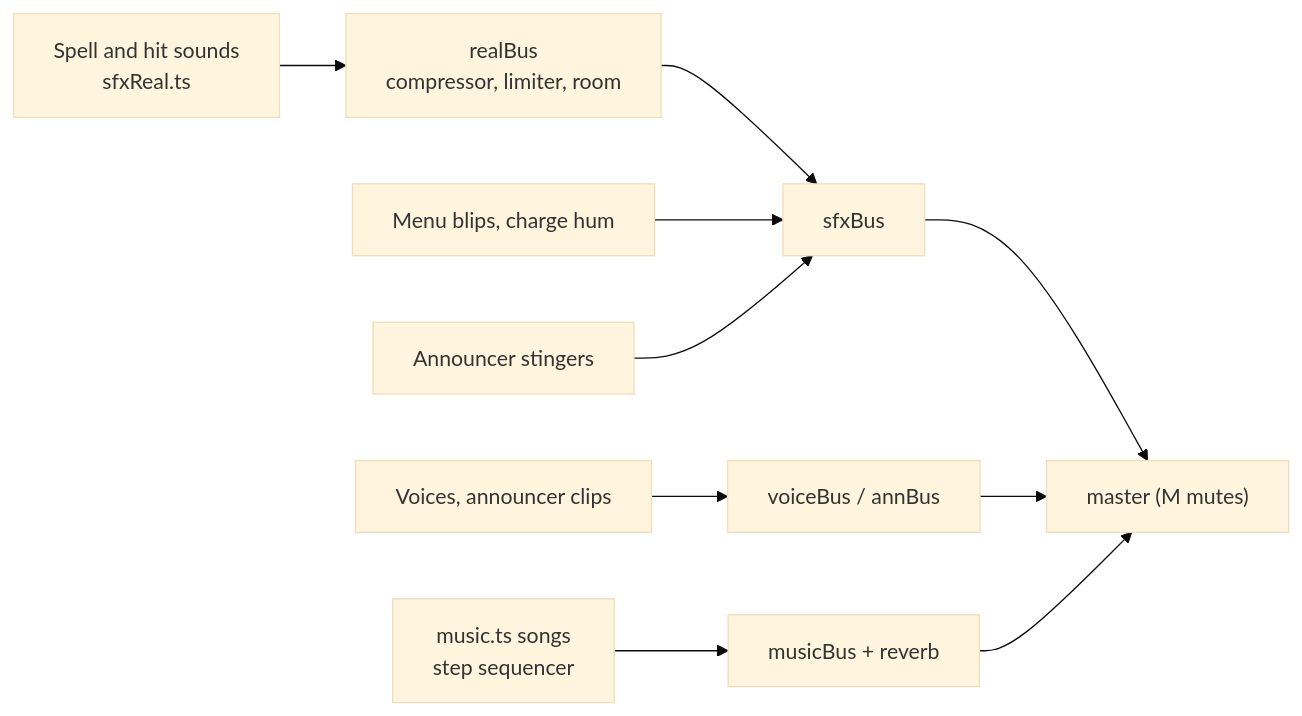
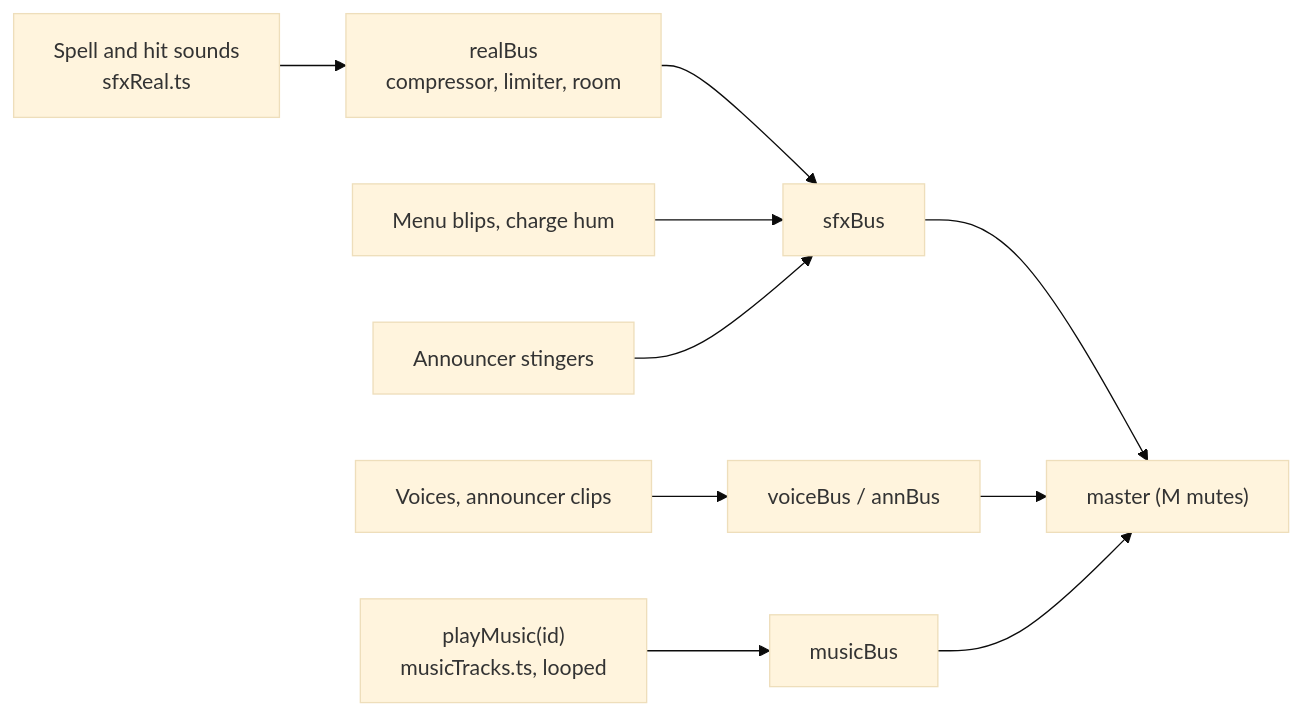
Before and after one commit to WesleyT4N/spell-vs-steel: the eighth of 18 diagrams in docs/ARCHITECTURE.md, drawn with Mermaid (base theme). The commit also changed other lines of this file, not shown here.

First line of the commit message:
Architecture doc: battle events, sampled music, hit feel, desktop build, HP retune, golden check

````diff
--- a/docs/ARCHITECTURE.md
+++ b/docs/ARCHITECTURE.md
@@ -247,11 +246,11 @@
 ```mermaid
 flowchart LR
   spell["Spell and hit sounds<br/>sfxReal.ts"] --> real["realBus<br/>compressor, limiter, room"] --> sfxBus
   blips["Menu blips, charge hum"] --> sfxBus
   sting["Announcer stingers"] --> sfxBus
   voice["Voices, announcer clips"] --> vbus["voiceBus / annBus"]
-  music["music.ts songs<br/>step sequencer"] --> mbus["musicBus + reverb"]
+  music["playMusic(id)<br/>musicTracks.ts, looped"] --> mbus["musicBus"]
   sfxBus --> master
   vbus --> master
   mbus --> master["master (M mutes)"]
 ```
````
